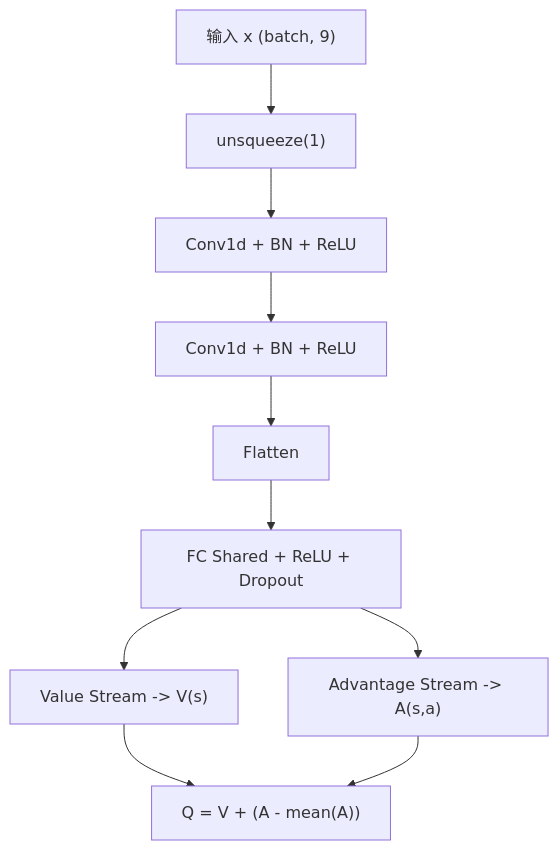
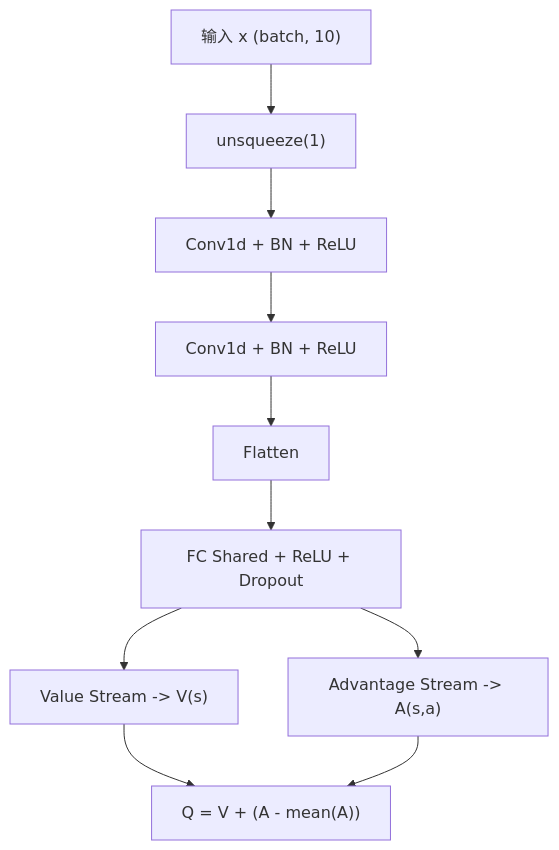
Before and after one commit to fuweiq94-cloud/3399180760000: the fifth of 8 diagrams in .qoder/repowiki/zh/content/训练系统.md, drawn with Mermaid. The commit also changed other lines of this file and 146 other files, not shown here.

````diff
--- a/.qoder/repowiki/zh/content/训练系统.md
+++ b/.qoder/repowiki/zh/content/训练系统.md
@@ -218,12 +254,12 @@
 ```mermaid
 flowchart TD
-X["输入 x (batch, 9)"] --> U["unsqueeze(1)"]
+X["输入 x (batch, 10)"] --> U["unsqueeze(1)"]
 U --> Conv1["Conv1d + BN + ReLU"]
 Conv1 --> Conv2["Conv1d + BN + ReLU"]
 Conv2 --> Flatten["Flatten"]
 Flatten --> Shared["FC Shared + ReLU + Dropout"]
 Shared --> V["Value Stream -> V(s)"]
 Shared --> A["Advantage Stream -> A(s,a)"]
 V --> Q["Q = V + (A - mean(A))"]
 A --> Q
 ```
````
